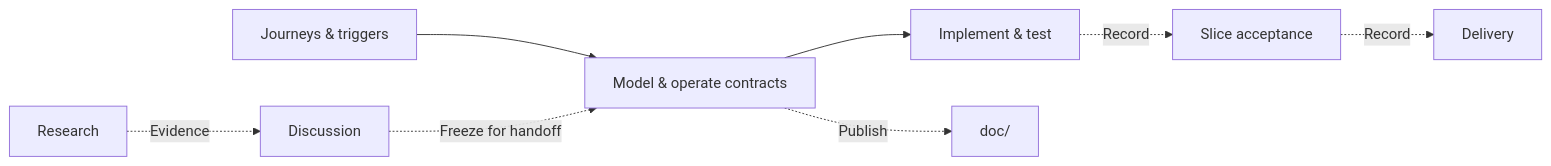
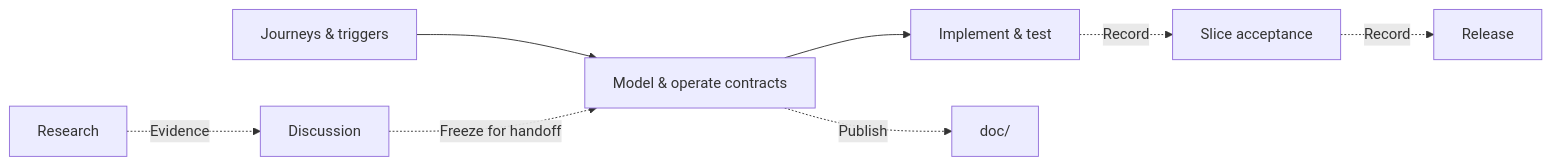
Before and after one commit to lengthlong/exercise_arena: the diagram in CLAUDE.md, drawn with Mermaid. The commit also changed other lines of this file and 42 other files, not shown here.

````diff
--- a/CLAUDE.md
+++ b/CLAUDE.md
@@ -16,10 +16,10 @@
 ```mermaid
 flowchart LR
   J[Journeys & triggers] --> M[Model & operate contracts]
   R[Research] -. Evidence .-> D[Discussion]
   D -. Freeze for handoff .-> M
   M --> I[Implement & test]
   I -. Record .-> A[Slice acceptance]
-  A -. Record .-> V[Delivery]
+  A -. Record .-> V[Release]
   M -. Publish .-> P[doc/]
 ```
````
